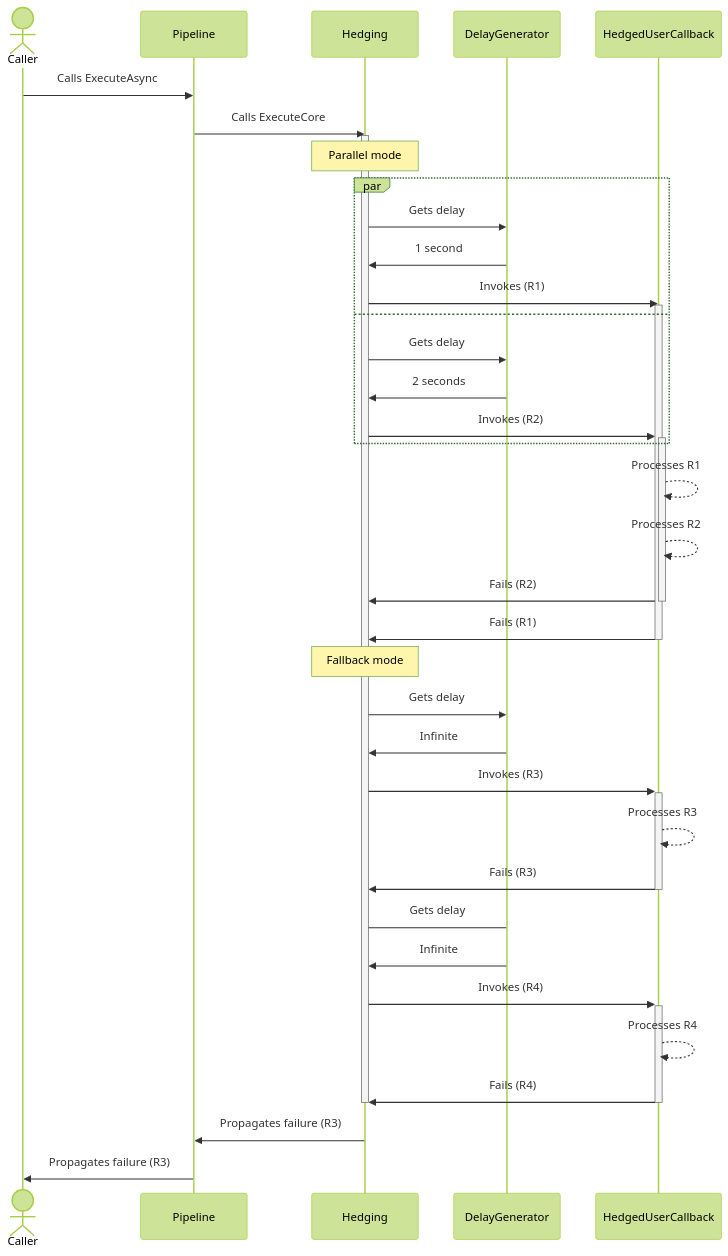
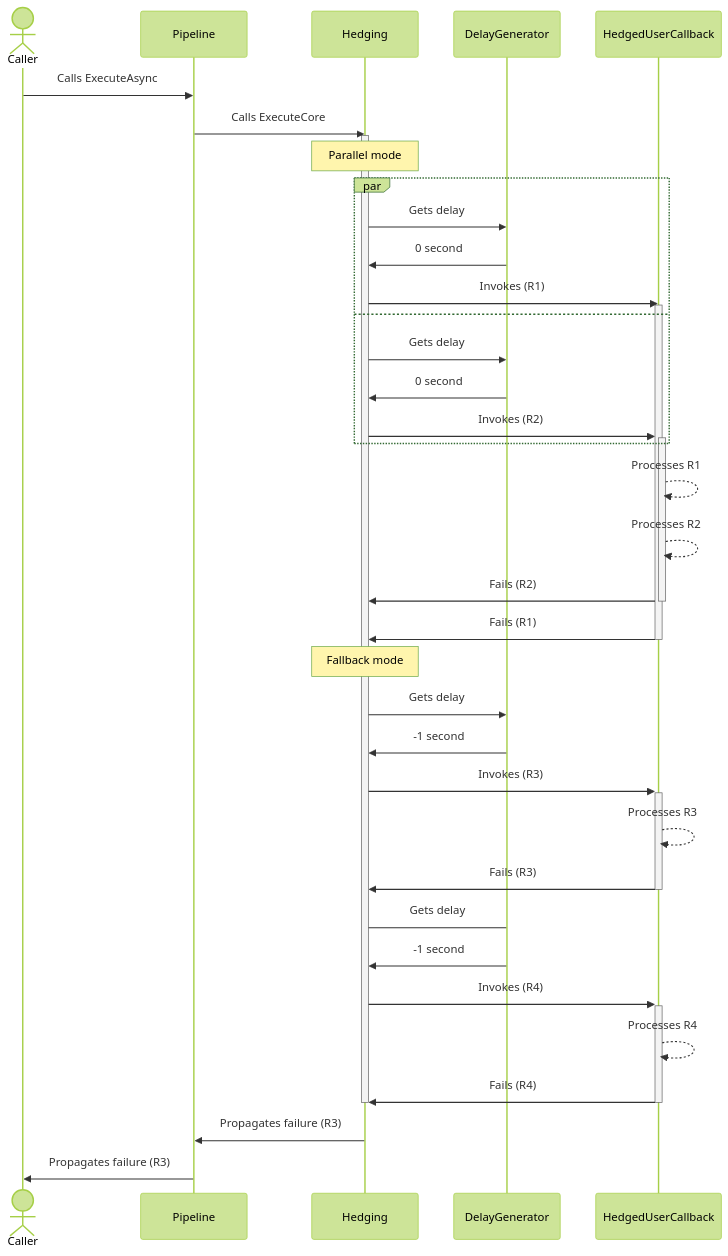
The eighth of 9 diagrams in docs/strategies/hedging.md (App-vNext/Polly), drawn with Mermaid (forest theme) before and after one commit. The commit also changed other lines of this file and 6 other files, not shown here.

First line of the commit message:
[Docs] Add diagram to action generator hedging (#1713)

````diff
--- a/docs/strategies/hedging.md
+++ b/docs/strategies/hedging.md
@@ -396,47 +395,47 @@
 ```mermaid
 sequenceDiagram
     actor C as Caller
     participant P as Pipeline
     participant H as Hedging
     participant DG as DelayGenerator
     participant HUC as HedgedUserCallback
 
     C->>P: Calls ExecuteAsync
     P->>H: Calls ExecuteCore
     activate H
 
     Note over H: Parallel mode
     par
     H->>DG: Gets delay
-    DG->>H: 1 second
+    DG->>H: 0 second
     H->>HUC: Invokes (R1)
     activate HUC
     and
     H->>DG: Gets delay
-    DG->>H: 2 seconds
+    DG->>H: 0 second
     H->>+HUC: Invokes (R2)
     end
 
     HUC-->>HUC: Processes R1
     HUC-->>HUC: Processes R2
     HUC->>-H: Fails (R2)
     HUC->>-H: Fails (R1)
 
     Note over H: Fallback mode
 
     H->>DG: Gets delay
-    DG->>H: Infinite
+    DG->>H: -1 second
     H->>+HUC: Invokes (R3)
     HUC-->>HUC: Processes R3
     HUC->>-H: Fails (R3)
 
     H -> DG: Gets delay
-    DG->>H: Infinite
+    DG->>H: -1 second
     H->>+HUC: Invokes (R4)
     HUC-->>HUC: Processes R4
     HUC->>-H: Fails (R4)
 
     deactivate H
     H->>P: Propagates failure (R3)
     P->>C: Propagates failure (R3)
 ```
````
